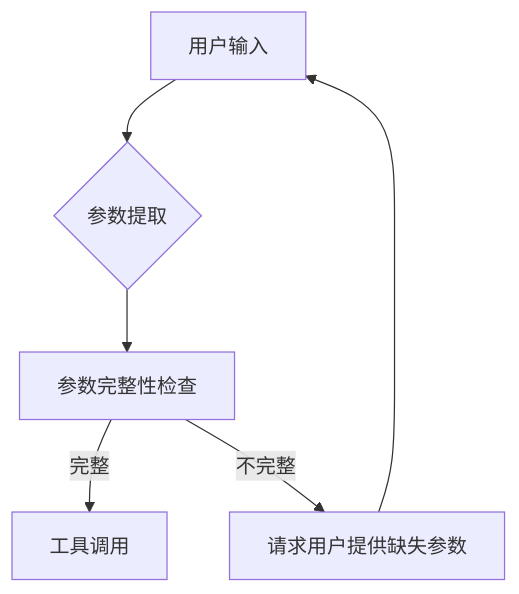
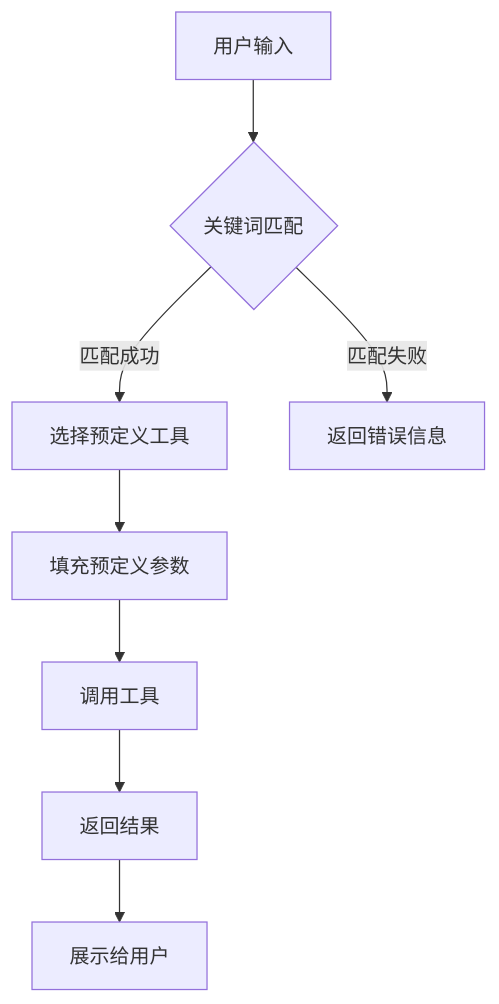
The diagram in output/progress/基于智能分层推理的多参数工具自适应调用系统_611f6779/02_background.md (valkryhx/patent_agents), drawn with Mermaid before and after one commit. The commit also changed other lines of this file and 4 other files, not shown here.

````diff
--- a/output/progress/基于智能分层推理的多参数工具自适应调用系统_611f6779/02_background.md
+++ b/output/progress/基于智能分层推理的多参数工具自适应调用系统_611f6779/02_background.md
@@ -27,8 +43,10 @@
 ```mermaid
 graph TD
-    A[用户输入] --> B{参数提取}
-    B --> C[参数完整性检查]
-    C -->|完整| D[工具调用]
-    C -->|不完整| E[请求用户提供缺失参数]
-    E --> A
+    A[用户输入] --> B{关键词匹配}
+    B -->|匹配成功| C[选择预定义工具]
+    B -->|匹配失败| D[返回错误信息]
+    C --> E[填充预定义参数]
+    E --> F[调用工具]
+    F --> G[返回结果]
+    G --> H[展示给用户]
 ```
````
